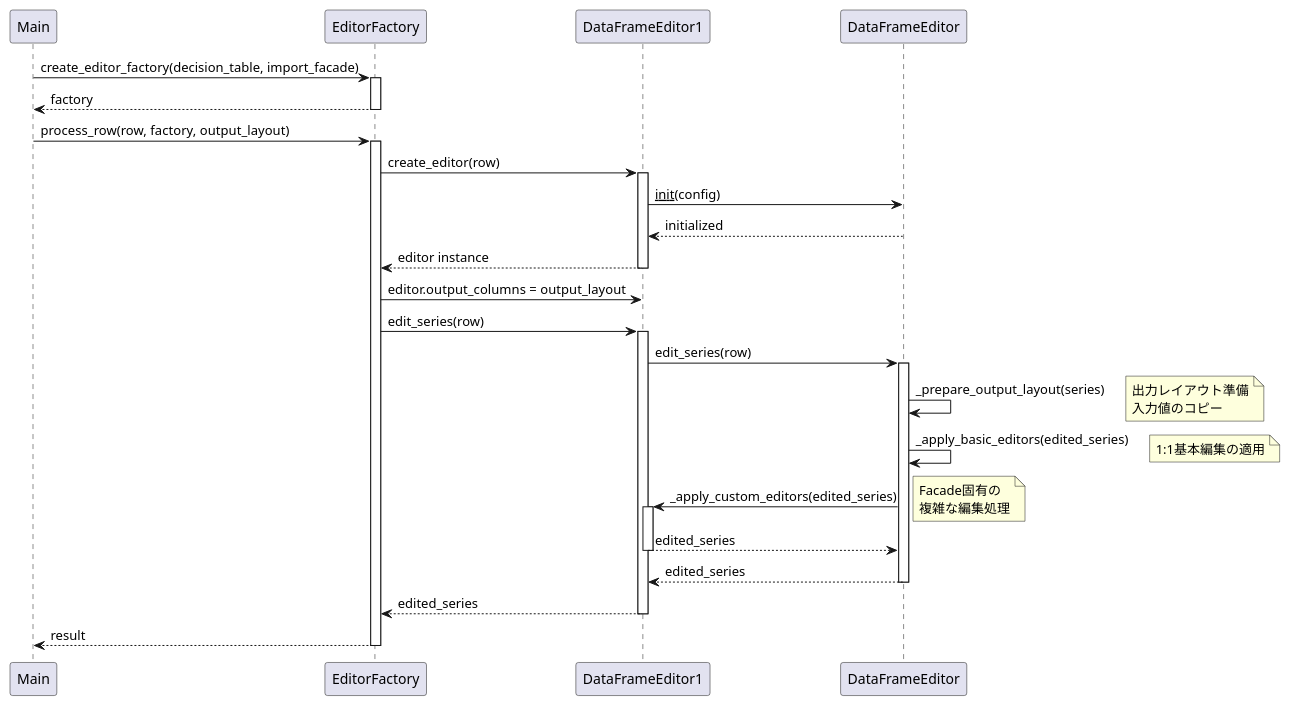
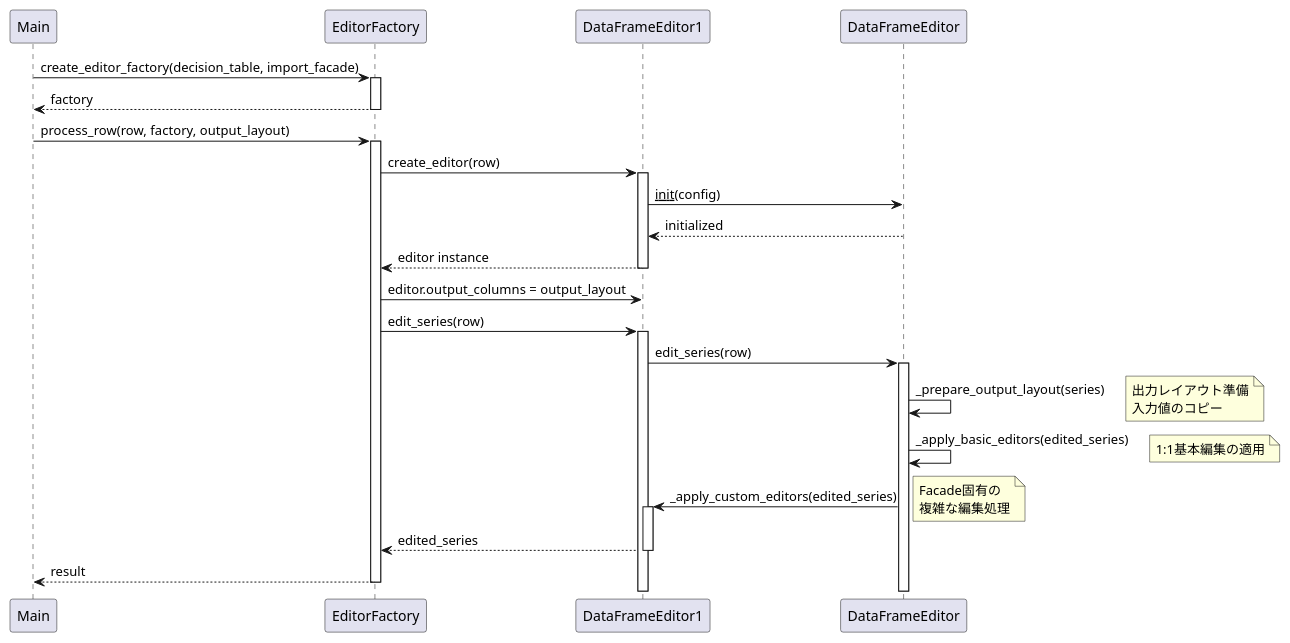
The second of 2 diagrams in library-dev/設計-詳細設計エリア/【adoc】Facade編集実用けん取り込み実装.adoc (qwertyu-dev/library-develop), drawn with PlantUML before and after one commit. The commit also changed 5 other files, not shown here.

```diff
--- a/library-dev/設計-詳細設計エリア/【adoc】Facade編集実用けん取り込み実装.adoc
+++ b/library-dev/設計-詳細設計エリア/【adoc】Facade編集実用けん取り込み実装.adoc
@@ -348,56 +348,51 @@
 [plantuml]
 ----
 @startuml DataFrame Editor Sequence Diagram
 
 participant Main
 participant Factory as "EditorFactory"
 participant Editor as "DataFrameEditor1"
 participant BaseEditor as "DataFrameEditor"
 
 ' Main processing flow
 Main -> Factory : create_editor_factory(decision_table, import_facade)
 activate Factory
 Factory --> Main : factory
 deactivate Factory
 
 Main -> Factory : process_row(row, factory, output_layout)
 activate Factory
 
 Factory -> Editor : create_editor(row)
 activate Editor
 Editor -> BaseEditor : __init__(config)
 BaseEditor --> Editor : initialized
 Editor --> Factory : editor instance
 deactivate Editor
 
 Factory -> Editor : editor.output_columns = output_layout
 Factory -> Editor : edit_series(row)
 activate Editor
 
 ' Edit series flow
 Editor -> BaseEditor : edit_series(row)
 activate BaseEditor
 
 BaseEditor -> BaseEditor : _prepare_output_layout(series)
 note right: 出力レイアウト準備\n入力値のコピー
 
 BaseEditor -> BaseEditor : _apply_basic_editors(edited_series)
 note right: 1:1基本編集の適用
 
 BaseEditor -> Editor : _apply_custom_editors(edited_series)
 activate Editor
 note right: Facade固有の\n複雑な編集処理
-Editor --> BaseEditor : edited_series
-deactivate Editor
-
-BaseEditor --> Editor : edited_series
-deactivate BaseEditor
 
 Editor --> Factory : edited_series
 deactivate Editor
 
 Factory --> Main : result
 deactivate Factory
 
 @enduml
 ----
```
